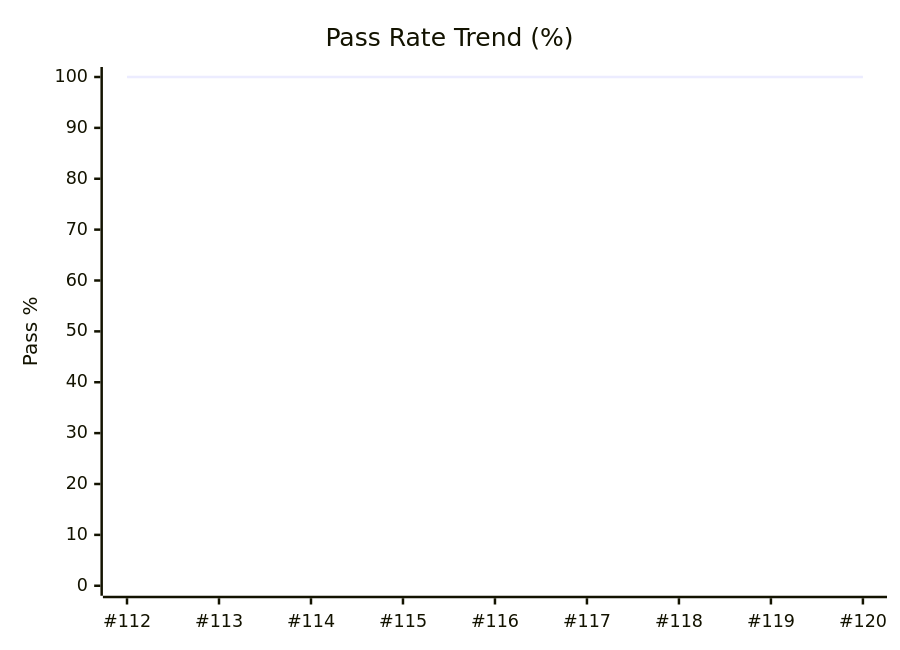
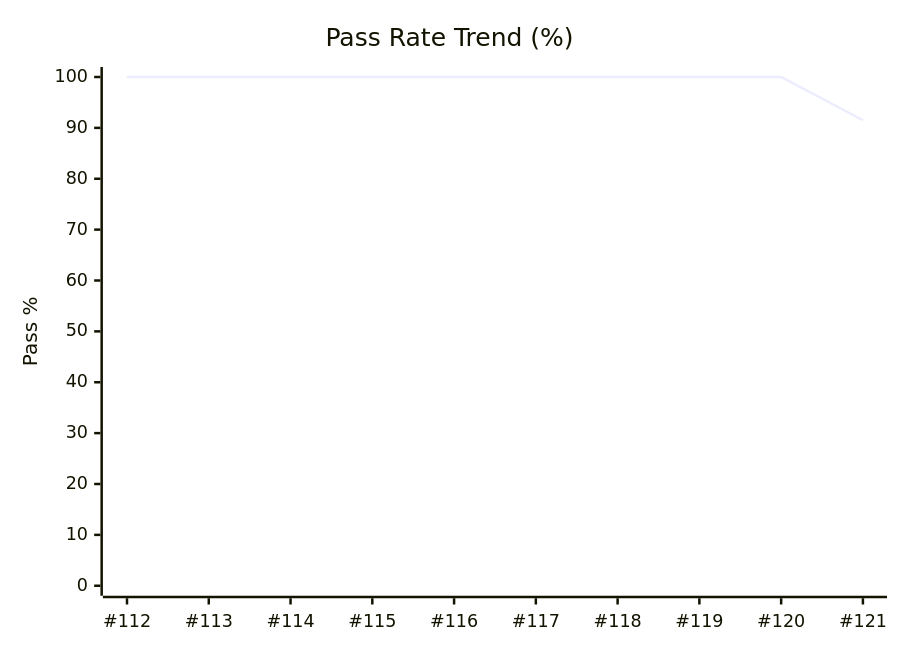
One commit to karimarie67/QA-boost changed the diagram in dashboards/qa-metrics.md. Above: the diagram before and after it, drawn with Mermaid. The commit also changed other lines of this file and 3 other files, not shown here.

````diff
--- a/dashboards/qa-metrics.md
+++ b/dashboards/qa-metrics.md
@@ -37,7 +37,7 @@
 ```mermaid
 xychart-beta
     title "Pass Rate Trend (%)"
-    x-axis [#112, #113, #114, #115, #116, #117, #118, #119, #120]
+    x-axis [#112, #113, #114, #115, #116, #117, #118, #119, #120, #121]
     y-axis "Pass %" 0 --> 100
-    line [100.0, 100.0, 100.0, 100.0, 100.0, 100.0, 100.0, 100.0, 100.0]
+    line [100.0, 100.0, 100.0, 100.0, 100.0, 100.0, 100.0, 100.0, 100.0, 91.5]
 ```
````
